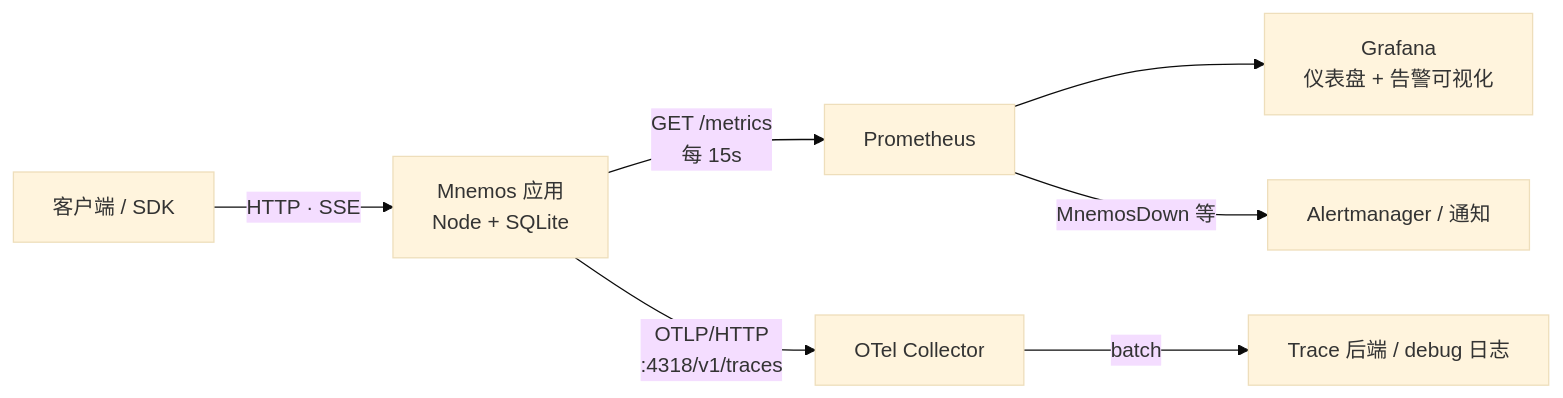
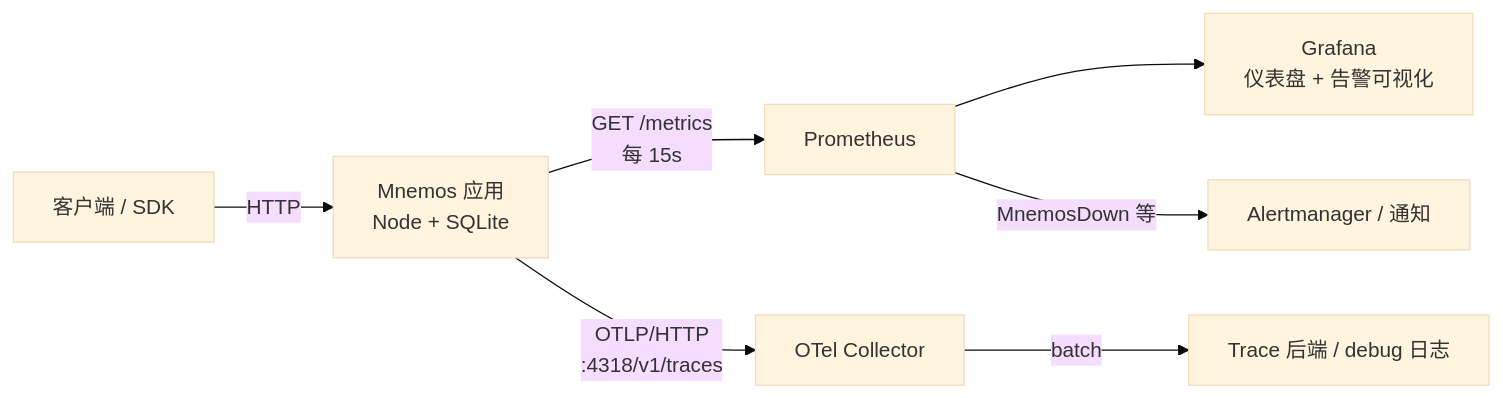
One commit to yechao666/mnemos changed the diagram in docs/observability.md. Above: the diagram before and after it, drawn with Mermaid (base theme). The commit also changed other lines of this file and 279 other files, not shown here.

````diff
--- a/docs/observability.md
+++ b/docs/observability.md
@@ -15,9 +15,9 @@
 ```mermaid
 flowchart LR
-  Client[客户端 / SDK] -->|HTTP · SSE| App[Mnemos 应用<br/>Node + SQLite]
+  Client[客户端 / SDK] -->|HTTP| App[Mnemos 应用<br/>Node + SQLite]
   App -->|GET /metrics<br/>每 15s| Prom[Prometheus]
   Prom --> Graf[Grafana<br/>仪表盘 + 告警可视化]
   App -->|OTLP/HTTP<br/>:4318/v1/traces| Coll[OTel Collector]
   Coll -->|batch| Exp[Trace 后端 / debug 日志]
   Prom -->|MnemosDown 等| AM[Alertmanager / 通知]
 ```
````
